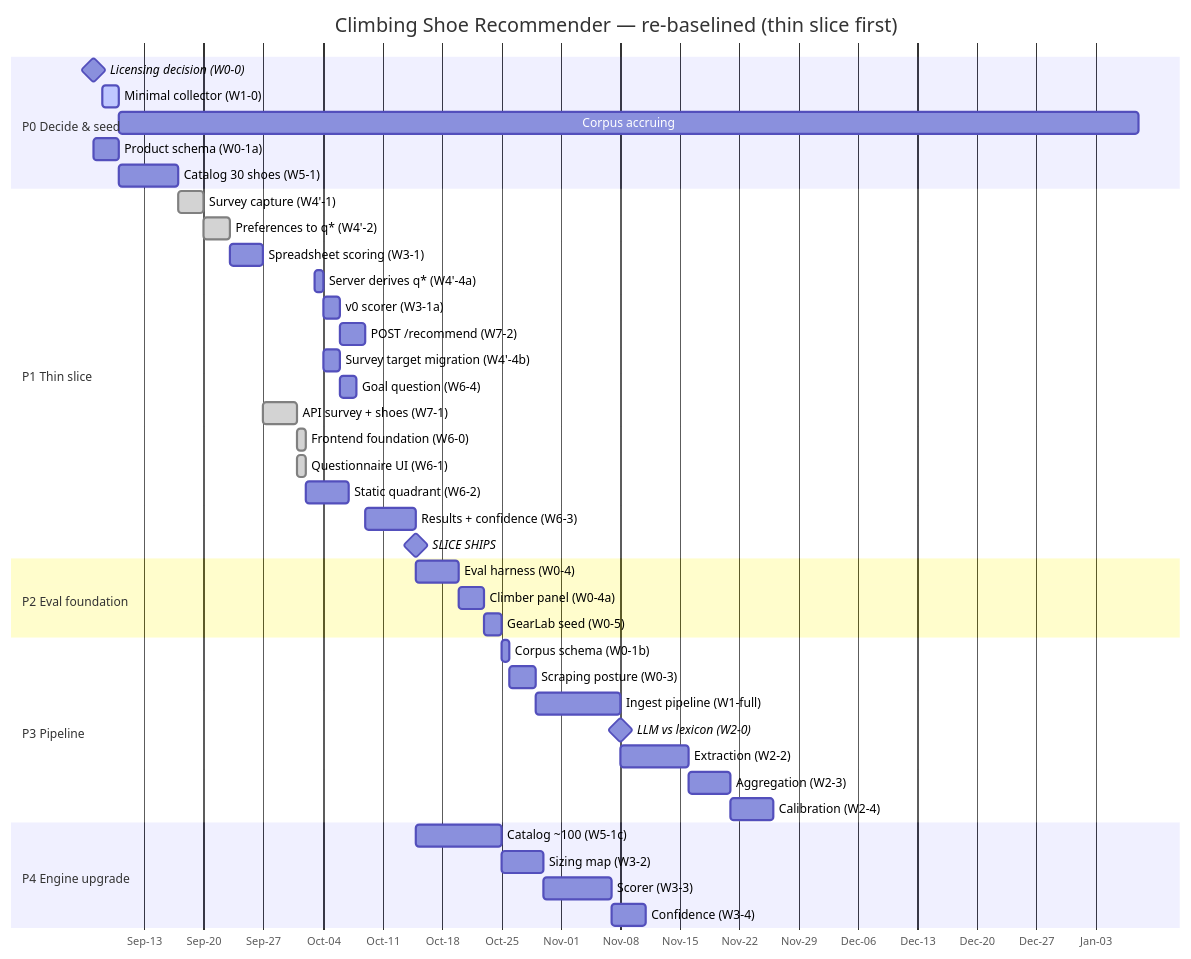
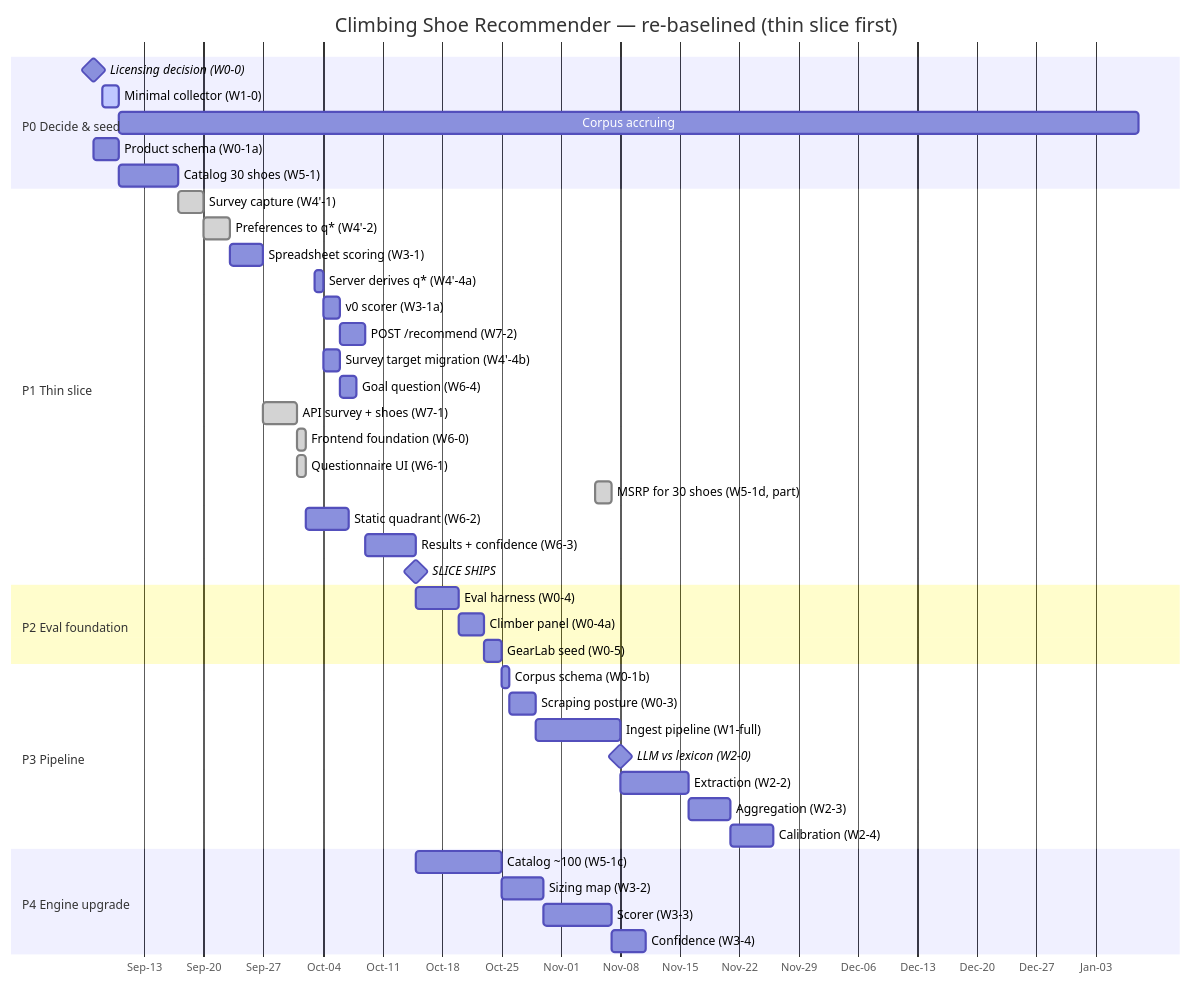
The second of 2 diagrams in timeline.md (barlu3/CruxUp), drawn with Mermaid before and after one commit. The commit also changed other lines of this file and 1 other file, not shown here.

First line of the commit message:
W5-1d-B: record partial MSRP sourcing and the first part of W4'-4a, timeline v3.4

````diff
--- a/timeline.md
+++ b/timeline.md
@@ -659,49 +661,50 @@
 ```mermaid
 gantt
   title Climbing Shoe Recommender — re-baselined (thin slice first)
   dateFormat YYYY-MM-DD
   axisFormat %b-%d
 
   section P0 Decide & seed
   Licensing decision (W0-0)        :milestone, m0, 2026-09-07, 0d
   Minimal collector (W1-0)         :active, c0, 2026-09-08, 2d
   Corpus accruing                  :c1, after c0, 120d
   Product schema (W0-1a)           :p0a, 2026-09-07, 3d
   Catalog 30 shoes (W5-1)          :p0b, after p0a, 7d
 
   section P1 Thin slice
   Survey capture (W4'-1)           :done, p1a0, 2026-09-17, 3d
   Preferences to q* (W4'-2)        :done, p1a, after p1a0, 3d
   Spreadsheet scoring (W3-1)       :p1b, after p1a, 4d
   Server derives q* (W4'-4a)       :p1b5, 2026-10-03, 1d
   v0 scorer (W3-1a)                :p1b4, after p1b p1b5, 2d
   POST /recommend (W7-2)           :p1d2, after p1b4, 3d
   Survey target migration (W4'-4b) :p1f, after p1b5, 2d
   Goal question (W6-4)             :p1g, after p1f, 2d
   API survey + shoes (W7-1)        :done, p1b2, after p1b, 4d
   Frontend foundation (W6-0)       :done, p1b3, 2026-10-01, 1d
   Questionnaire UI (W6-1)          :done, p1c, 2026-10-01, 1d
+  MSRP for 30 shoes (W5-1d, part)  :done, p1m, 2026-11-05, 2d
   Static quadrant (W6-2)           :p1d, after p1c, 5d
   Results + confidence (W6-3)      :p1e, after p1d p1d2, 6d
   SLICE SHIPS                      :milestone, m1, after p1e, 0d
 
   section P2 Eval foundation
   Eval harness (W0-4)              :p2a, after p1e, 5d
   Climber panel (W0-4a)            :p2b, after p2a, 3d
   GearLab seed (W0-5)              :p2c, after p2b, 2d
 
   section P3 Pipeline
   Corpus schema (W0-1b)            :p3a, after p2c, 1d
   Scraping posture (W0-3)          :p3b, after p3a, 3d
   Ingest pipeline (W1-full)        :p3c, after p3b, 10d
   LLM vs lexicon (W2-0)            :milestone, m2, after p3c, 0d
   Extraction (W2-2)                :p3d, after p3c, 8d
   Aggregation (W2-3)               :p3e, after p3d, 5d
   Calibration (W2-4)               :p3f, after p3e, 5d
 
   section P4 Engine upgrade
   Catalog ~100 (W5-1c)             :p4w, after m1, 10d
   Sizing map (W3-2)                :p4a, after p4w, 5d
   Scorer (W3-3)                    :p4b, after p4a, 8d
   Confidence (W3-4)                :p4c, after p4b, 4d
 ```
````
